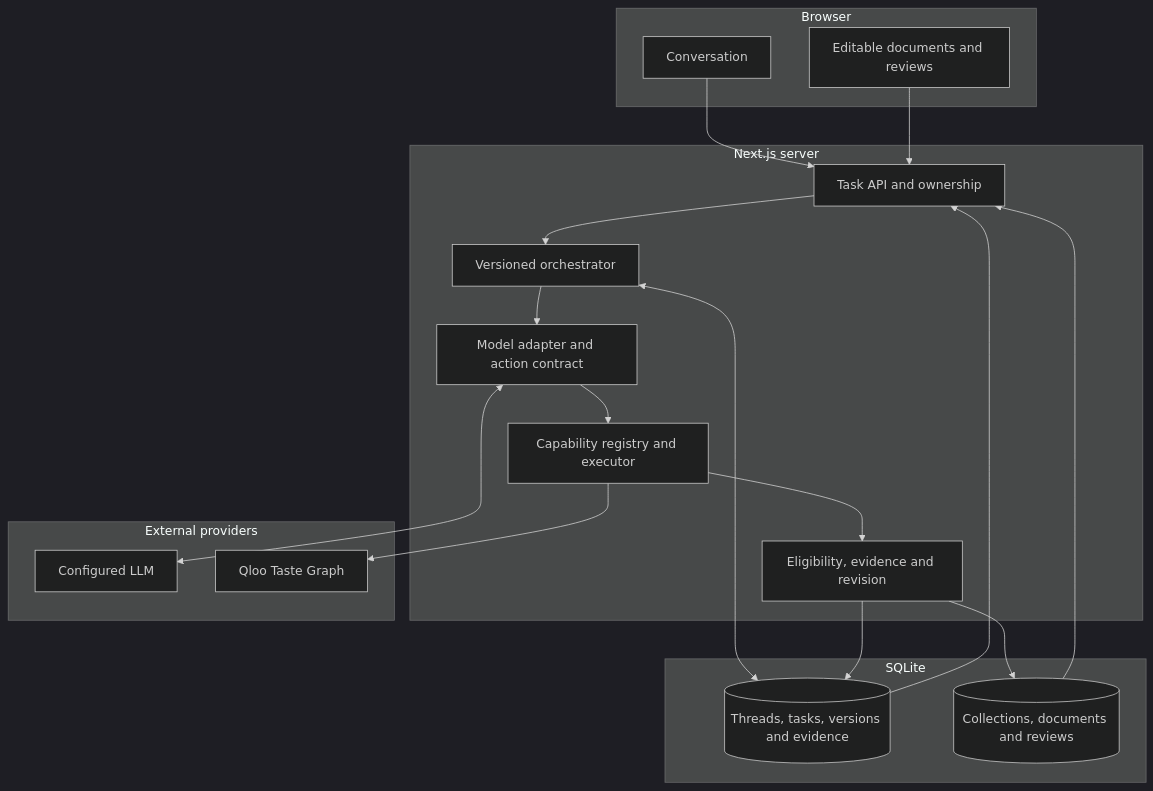
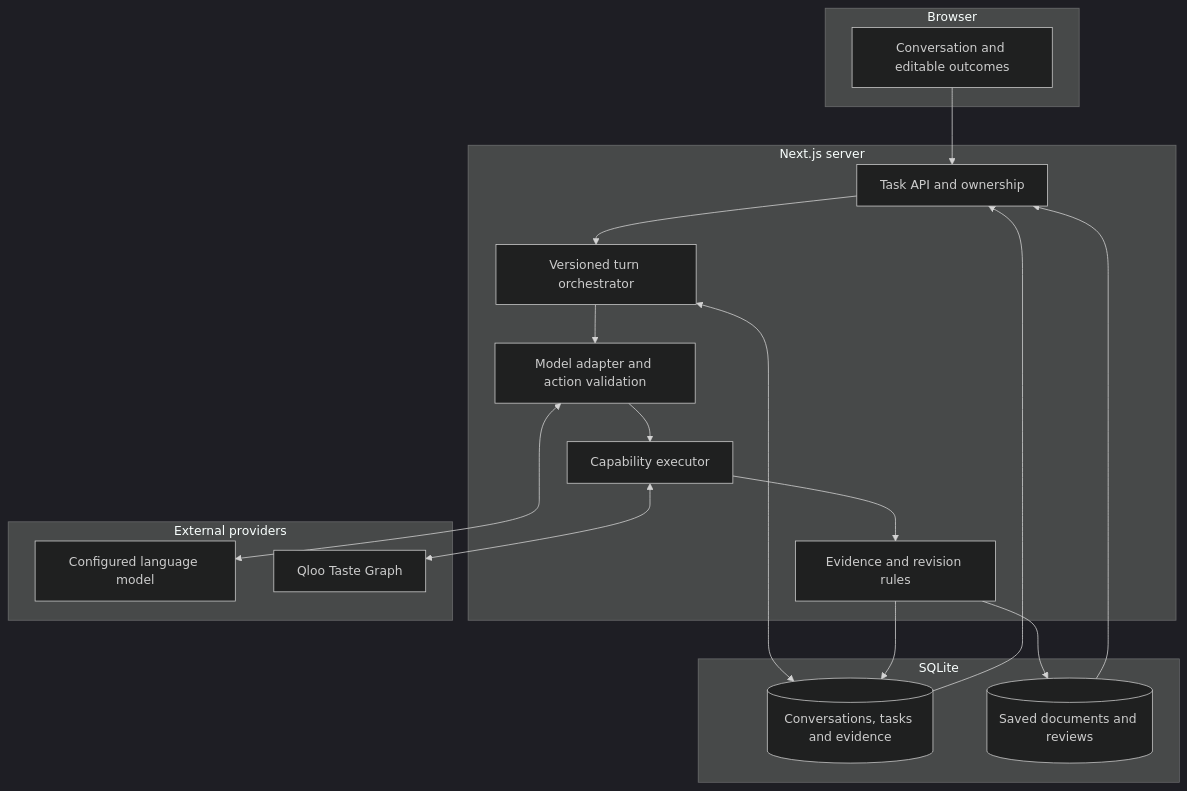
The second of 3 diagrams in README.md (Davemafy/ighor), drawn with Mermaid (dark theme) before and after one commit. The commit also changed other lines of this file and 1 other file, not shown here.

Commit message:
docs: lead Igor README with linked launch video and scannable architecture

````diff
--- a/README.md
+++ b/README.md
@@ -107,35 +89,33 @@
 ```mermaid
 flowchart TB
-    subgraph Client["Browser"]
-        CHAT["Conversation"]
-        EDIT["Editable documents and reviews"]
+    subgraph Browser["Browser"]
+        UI["Conversation and editable outcomes"]
     end
-    subgraph Application["Next.js server"]
-        ROUTES["Task API and ownership"]
-        ORCH["Versioned orchestrator"]
-        MODEL["Model adapter and action contract"]
-        ENGINE["Capability registry and executor"]
-        RULES["Eligibility, evidence and revision"]
+    subgraph Backend["Next.js server"]
+        API["Task API and ownership"]
+        TURN["Versioned turn orchestrator"]
+        MODEL["Model adapter and action validation"]
+        CAPS["Capability executor"]
+        RULES["Evidence and revision rules"]
     end
     subgraph Providers["External providers"]
-        LLM["Configured LLM"]
-        QLOO["Qloo Taste Graph"]
+        LLM["Configured language model"]
+        Q["Qloo Taste Graph"]
     end
-    subgraph Storage["SQLite"]
-        TASKS[("Threads, tasks, versions and evidence")]
-        OUT[("Collections, documents and reviews")]
+    subgraph State["SQLite"]
+        DB[("Conversations, tasks and evidence")]
+        DOC[("Saved documents and reviews")]
     end
-    CHAT --> ROUTES
-    EDIT --> ROUTES
-    ROUTES --> ORCH
-    ORCH --> MODEL
+    UI --> API
+    API --> TURN
+    TURN --> MODEL
     MODEL <--> LLM
-    MODEL --> ENGINE
-    ENGINE --> QLOO
-    ENGINE --> RULES
-    ORCH <--> TASKS
-    RULES --> TASKS
-    RULES --> OUT
-    TASKS --> ROUTES
-    OUT --> ROUTES
+    MODEL --> CAPS
+    CAPS <--> Q
+    CAPS --> RULES
+    TURN <--> DB
+    RULES --> DB
+    RULES --> DOC
+    DB --> API
+    DOC --> API
 ```
````
